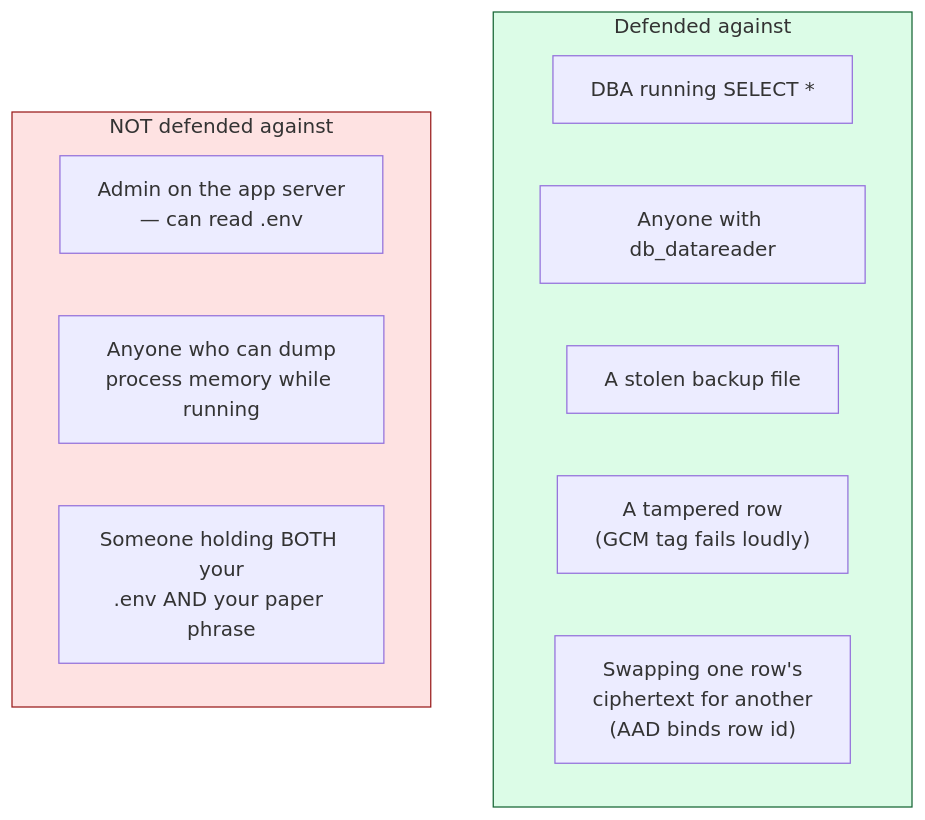
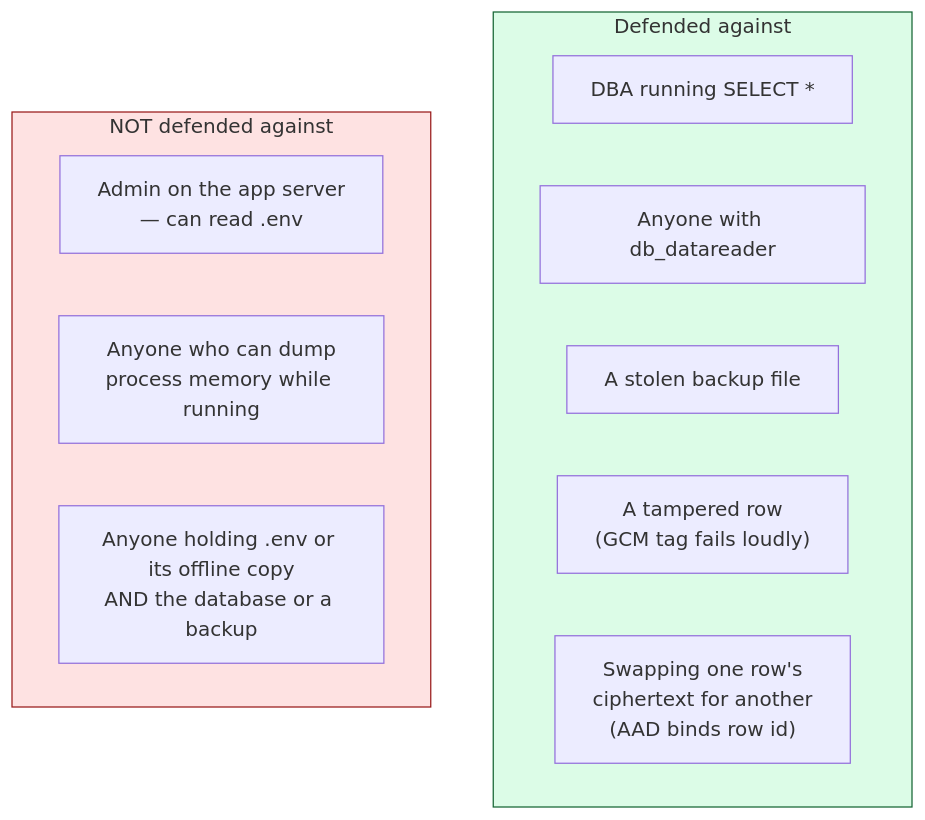
Before and after one commit to zakura1x/Budget-App: the tenth of 12 diagrams in misc/ARCHITECTURE_OVERVIEW.md, drawn with Mermaid. The commit also changed other lines of this file and 181 other files, not shown here.

````diff
--- a/misc/ARCHITECTURE_OVERVIEW.md
+++ b/misc/ARCHITECTURE_OVERVIEW.md
@@ -427,19 +427,19 @@
 ```mermaid
 graph TD
     subgraph SAFE["Defended against"]
         S1["DBA running SELECT *"]
         S2["Anyone with db_datareader"]
         S3["A stolen backup file"]
         S4["A tampered row<br/>(GCM tag fails loudly)"]
         S5["Swapping one row's<br/>ciphertext for another<br/>(AAD binds row id)"]
     end
 
     subgraph NOT["NOT defended against"]
         N1["Admin on the app server<br/>— can read .env"]
         N2["Anyone who can dump<br/>process memory while running"]
-        N3["Someone holding BOTH your<br/>.env AND your paper phrase"]
+        N3["Anyone holding .env or its offline copy<br/>AND the database or a backup"]
     end
 
     style SAFE fill:#dcfce7,stroke:#166534
     style NOT fill:#fee2e2,stroke:#991b1b
 ```
````
